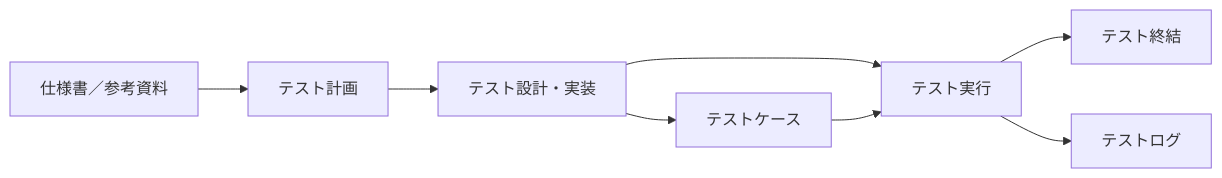
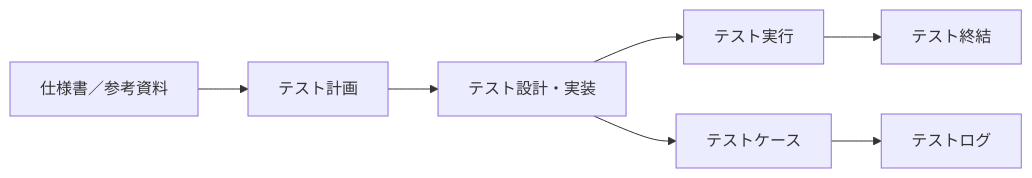
One commit to yuusakuri/dev-rules changed the diagram in templates/documentation/test-plan.md. Above: the diagram before and after it, drawn with Mermaid. The commit also changed other lines of this file and 2 other files, not shown here.

````diff
--- a/templates/documentation/test-plan.md
+++ b/templates/documentation/test-plan.md
@@ -262,11 +262,10 @@
 ```mermaid
 flowchart LR
     SRC["仕様書／参考資料"] --> PLAN["テスト計画"]
     PLAN --> DESIGN["テスト設計・実装"]
     DESIGN --> EXEC["テスト実行"]
     EXEC --> CLOSE["テスト終結"]
 
     DESIGN --> CASE["テストケース"]
-    CASE --> EXEC
-    EXEC --> LOG["テストログ"]
+    CASE --> LOG["テストログ"]
 ```
````
